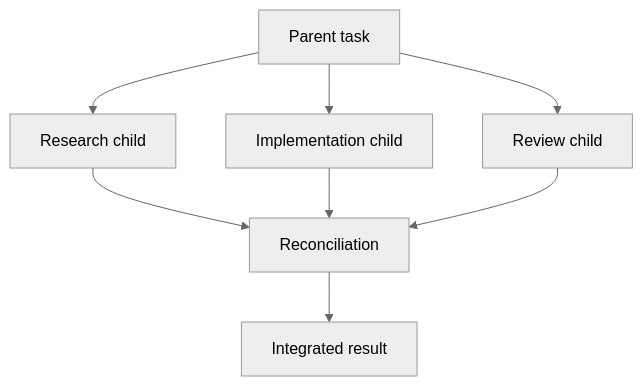
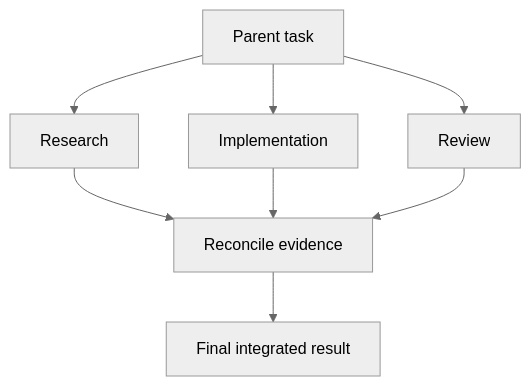
Before and after one commit to farismnrr/portofolio: the third of 4 diagrams in frontend/content/projects/masih-awam-ai-code.md, drawn with Mermaid (neutral theme). The commit also changed other lines of this file and 6 other files, not shown here.

````diff
--- a/frontend/content/projects/masih-awam-ai-code.md
+++ b/frontend/content/projects/masih-awam-ai-code.md
@@ -127,10 +142,10 @@
 ```mermaid
 flowchart TD
-    P[Parent task] --> A[Research child]
-    P --> B[Implementation child]
-    P --> C[Review child]
-    A --> R[Reconciliation]
-    B --> R
-    C --> R
-    R --> F[Integrated result]
+    P[Parent task] --> R[Research]
+    P --> I[Implementation]
+    P --> V[Review]
+    R --> M[Reconcile evidence]
+    I --> M
+    V --> M
+    M --> F[Final integrated result]
 ```
````
